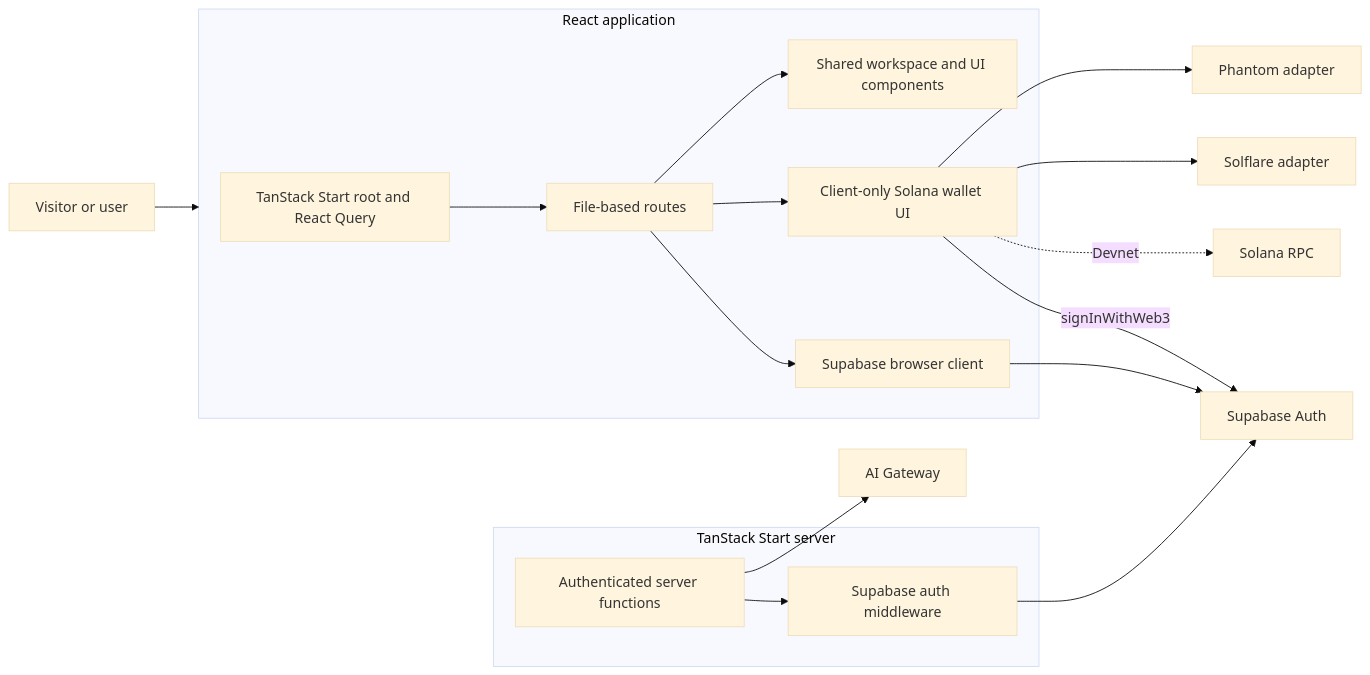
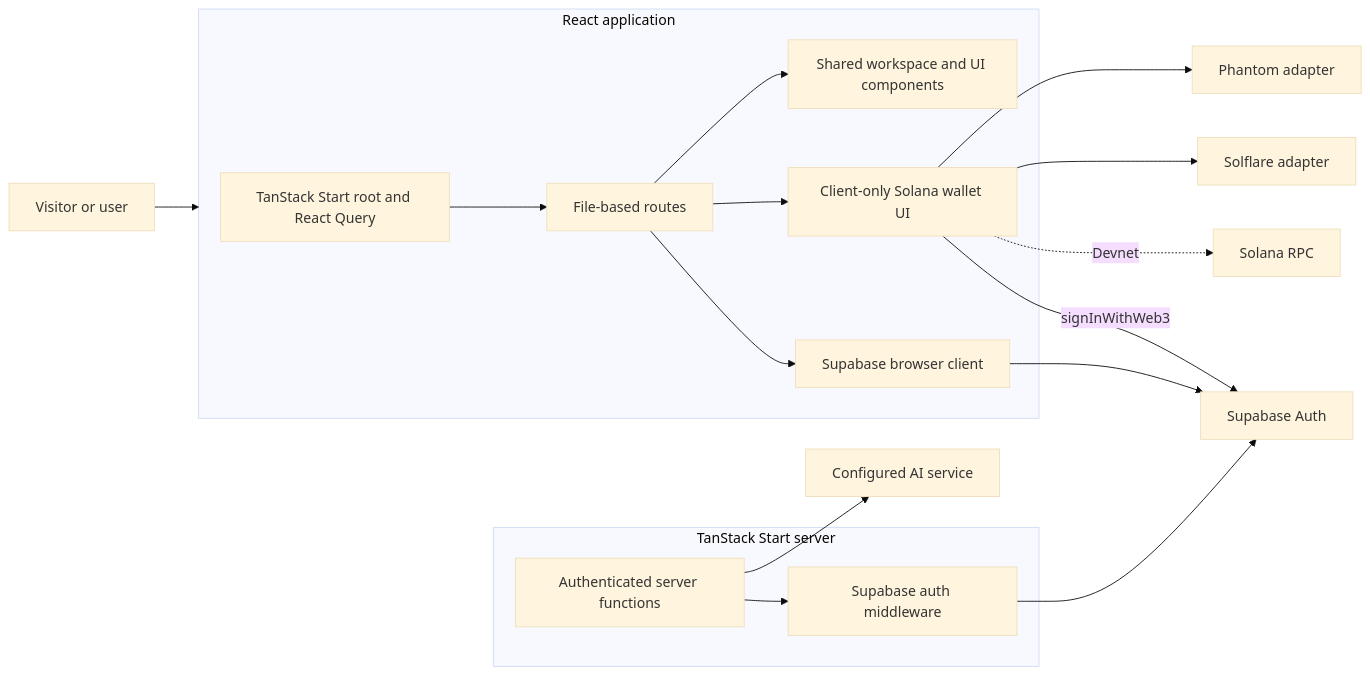
Before and after one commit to mooncreditfi/mooncreditfi-main: the first of 4 diagrams in frontend/README.md, drawn with Mermaid (base theme). The commit also changed other lines of this file and 12 other files, not shown here.

````diff
--- a/frontend/README.md
+++ b/frontend/README.md
@@ -9,30 +9,30 @@
 ```mermaid
 flowchart LR
   Visitor[Visitor or user] --> Browser
 
   subgraph Browser[React application]
     Root[TanStack Start root and React Query]
     Routes[File-based routes]
     UI[Shared workspace and UI components]
     Wallet[Client-only Solana wallet UI]
     SupabaseClient[Supabase browser client]
     Root --> Routes
     Routes --> UI
     Routes --> Wallet
     Routes --> SupabaseClient
   end
 
   Wallet --> Phantom[Phantom adapter]
   Wallet --> Solflare[Solflare adapter]
   Wallet -. Devnet .-> Solana[Solana RPC]
   Wallet -->|signInWithWeb3| Supabase[Supabase Auth]
 
   subgraph Server[TanStack Start server]
     ServerFns[Authenticated server functions]
     AuthMiddleware[Supabase auth middleware]
     ServerFns --> AuthMiddleware
   end
   SupabaseClient --> Supabase
   AuthMiddleware --> Supabase
-  ServerFns --> Gateway[AI Gateway]
+  ServerFns --> ReadinessAI[Configured AI service]
 ```
````
